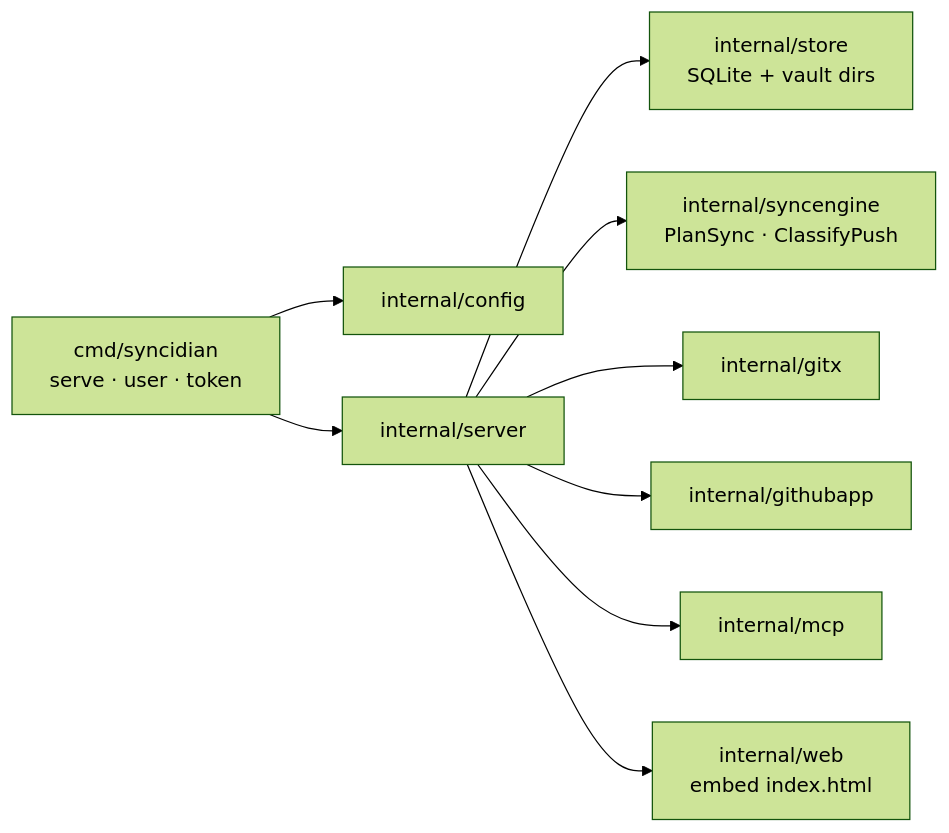
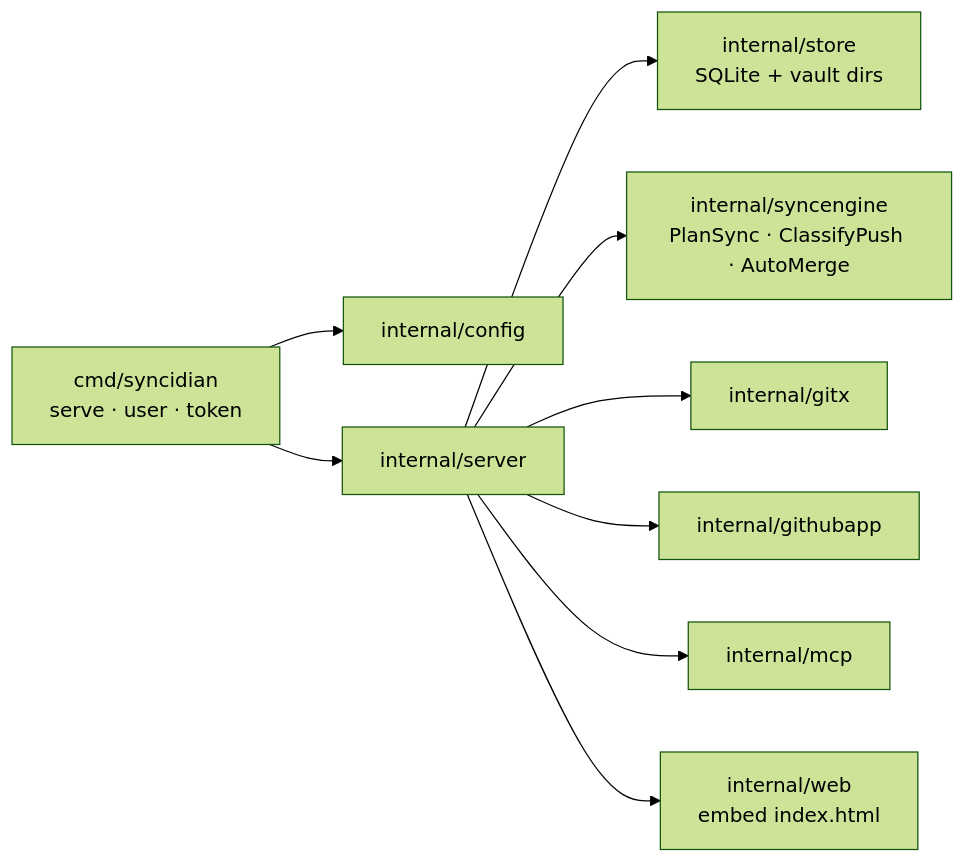
Before and after one commit to shangeethsivan/Syncidian: the second of 13 diagrams in docs/architecture.md, drawn with Mermaid (forest theme). The commit also changed other lines of this file and 11 other files, not shown here.

````diff
--- a/docs/architecture.md
+++ b/docs/architecture.md
@@ -66,11 +66,11 @@
 ```mermaid
 flowchart LR
   CMD["cmd/syncidian<br/>serve · user · token"] --> CFG["internal/config"]
   CMD --> SRV["internal/server"]
   SRV --> ST["internal/store<br/>SQLite + vault dirs"]
-  SRV --> ENG["internal/syncengine<br/>PlanSync · ClassifyPush"]
+  SRV --> ENG["internal/syncengine<br/>PlanSync · ClassifyPush · AutoMerge"]
   SRV --> GIT["internal/gitx"]
   SRV --> GHA["internal/githubapp"]
   SRV --> MCP["internal/mcp"]
   SRV --> WEB["internal/web<br/>embed index.html"]
 ```
````
